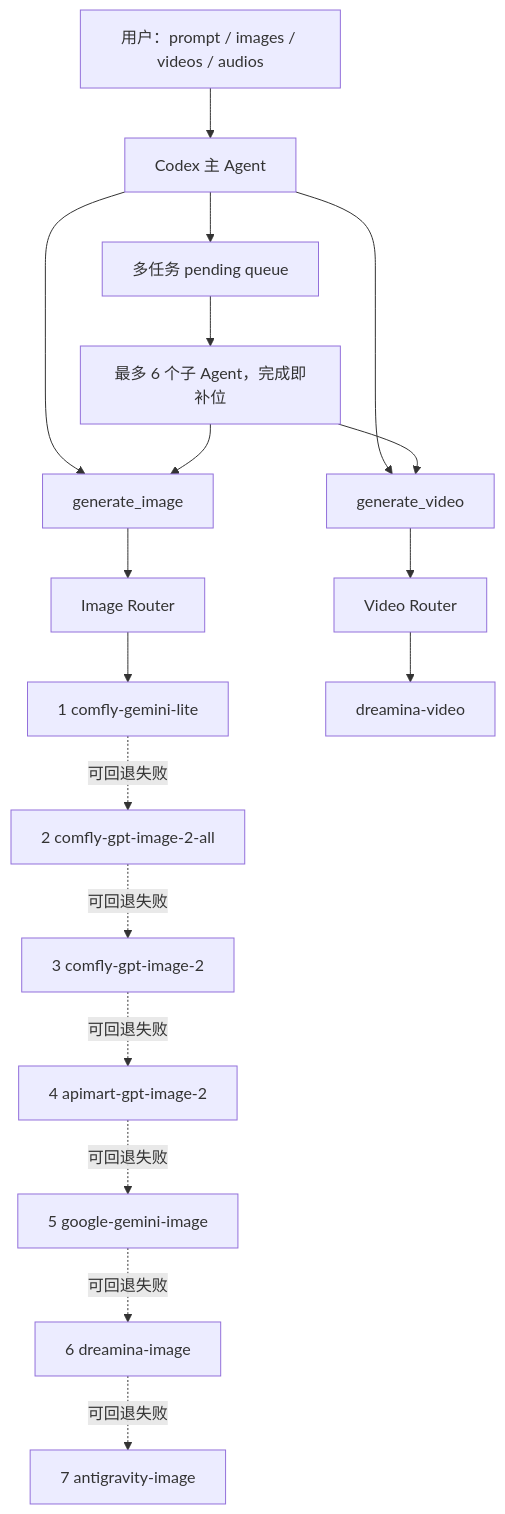
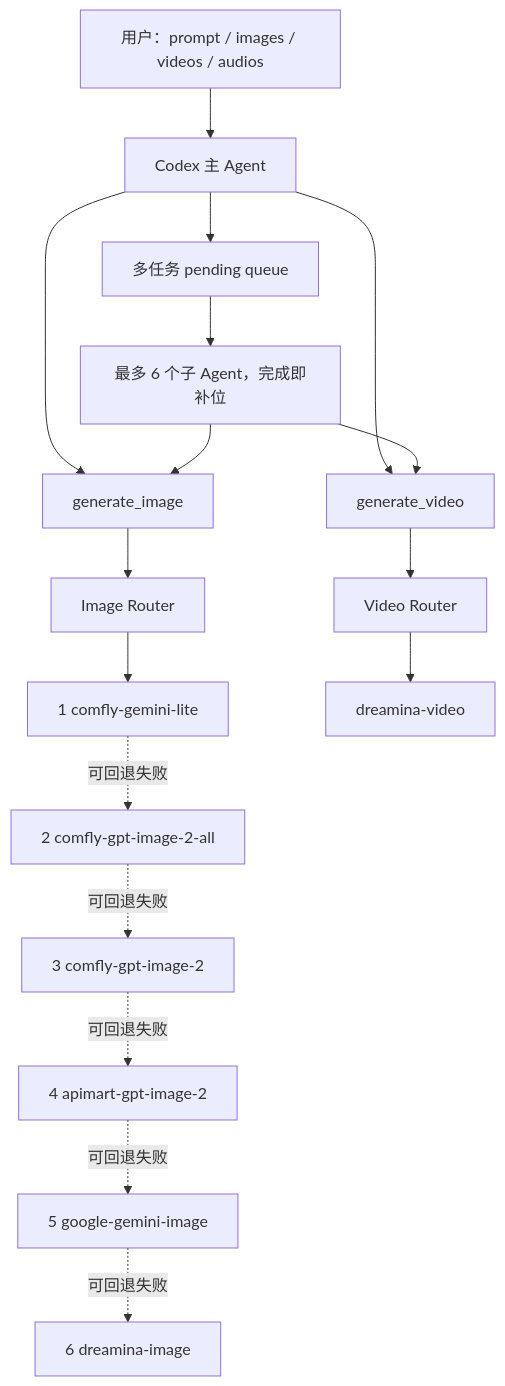
One commit to lc303300-dev/Codex_Wsstudio changed the diagram in packages/Codex_image/UNIFIED_MEDIA_TOOL_REFACTOR_BLUEPRINT.md. Above: the diagram before and after it, drawn with Mermaid. The commit also changed other lines of this file and 26 other files, not shown here.

Commit message:
Remove Antigravity image provider

````diff
--- a/packages/Codex_image/UNIFIED_MEDIA_TOOL_REFACTOR_BLUEPRINT.md
+++ b/packages/Codex_image/UNIFIED_MEDIA_TOOL_REFACTOR_BLUEPRINT.md
@@ -152,23 +150,22 @@
 ```mermaid
 flowchart TD
     U["用户：prompt / images / videos / audios"] --> C["Codex 主 Agent"]
     C --> GI["generate_image"]
     C --> GV["generate_video"]
 
     GI --> IR["Image Router"]
     IR --> C1["1 comfly-gemini-lite"]
     C1 -. "可回退失败" .-> C2["2 comfly-gpt-image-2-all"]
     C2 -. "可回退失败" .-> C3["3 comfly-gpt-image-2"]
     C3 -. "可回退失败" .-> A["4 apimart-gpt-image-2"]
     A -. "可回退失败" .-> G["5 google-gemini-image"]
     G -. "可回退失败" .-> D["6 dreamina-image"]
-    D -. "可回退失败" .-> AG["7 antigravity-image"]
 
     GV --> VR["Video Router"]
     VR --> DV["dreamina-video"]
 
     C --> Q["多任务 pending queue"]
     Q --> P["最多 6 个子 Agent，完成即补位"]
     P --> GI
     P --> GV
 ```
````
